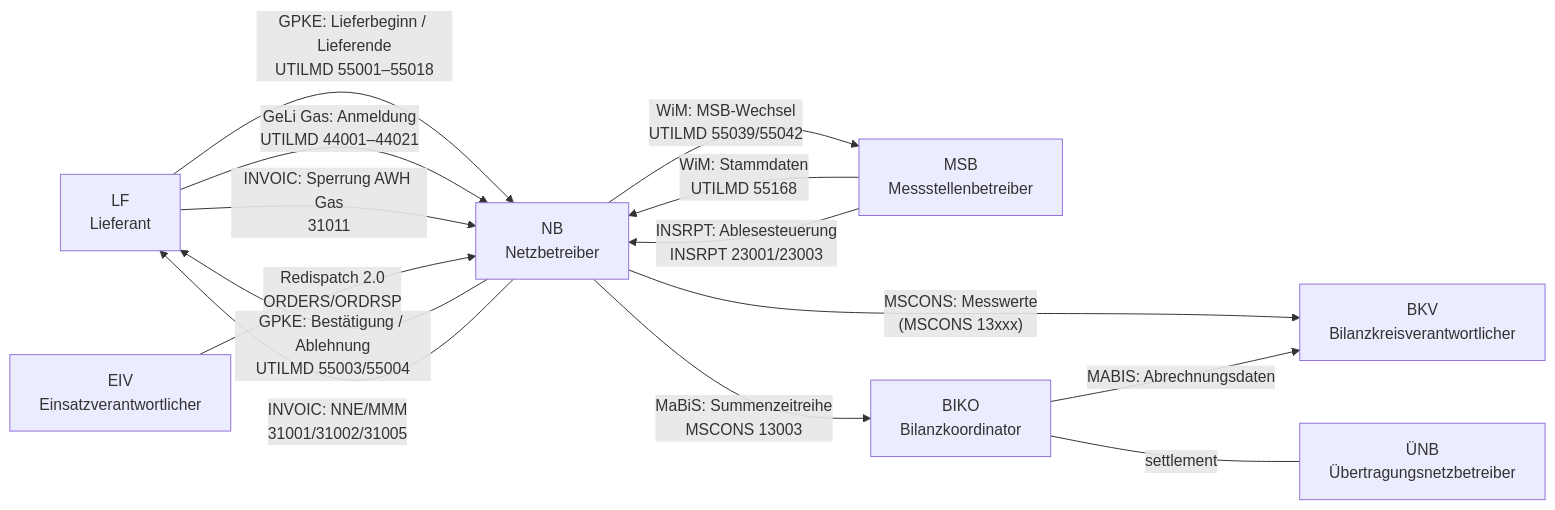
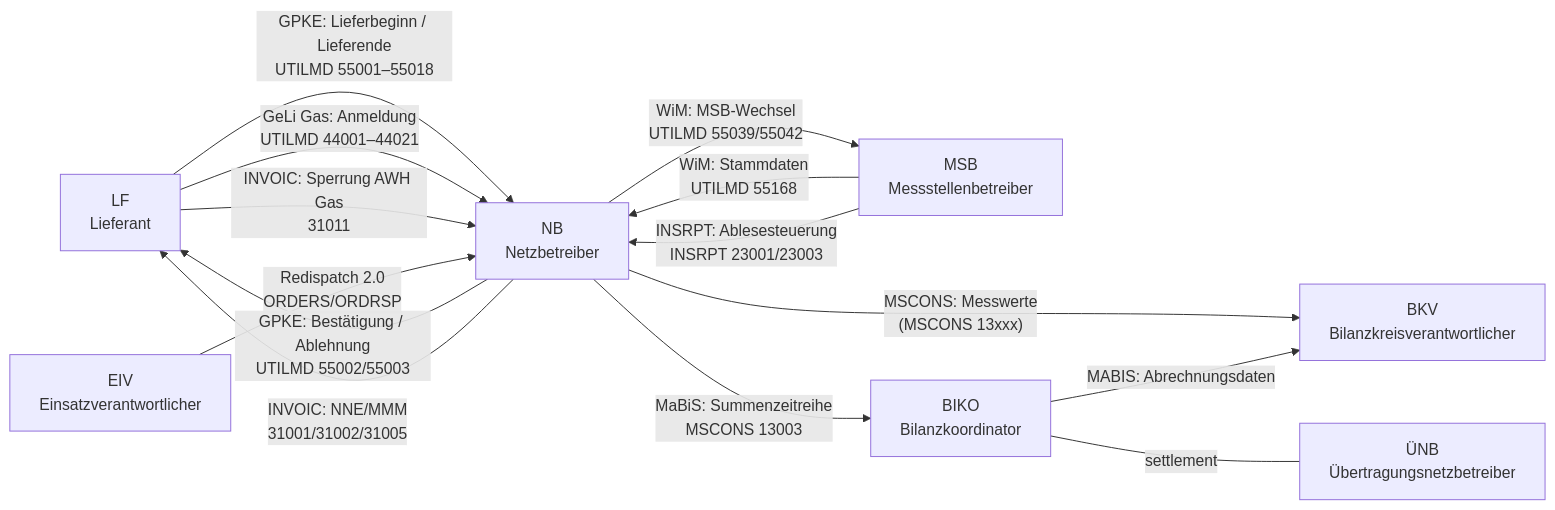
The diagram in site/content/docs/architecture/domain-model.md (hupe1980/mako), drawn with Mermaid before and after one commit. The commit also changed 45 other files, not shown here.

````diff
--- a/site/content/docs/architecture/domain-model.md
+++ b/site/content/docs/architecture/domain-model.md
@@ -31,24 +31,24 @@
 ```mermaid
 graph LR
-    LF["LF\nLieferant"]
-    NB["NB\nNetzbetreiber"]
-    MSB["MSB\nMessstellenbetreiber"]
-    BKV["BKV\nBilanzkreisverantwortlicher"]
-    UNB["ÜNB\nÜbertragungsnetzbetreiber"]
-    BIKO["BIKO\nBilanzkoordinator"]
-    EIV["EIV\nEinsatzverantwortlicher"]
+    LF["LF<br/>Lieferant"]
+    NB["NB<br/>Netzbetreiber"]
+    MSB["MSB<br/>Messstellenbetreiber"]
+    BKV["BKV<br/>Bilanzkreisverantwortlicher"]
+    UNB["ÜNB<br/>Übertragungsnetzbetreiber"]
+    BIKO["BIKO<br/>Bilanzkoordinator"]
+    EIV["EIV<br/>Einsatzverantwortlicher"]
 
-    LF -->|"GPKE: Lieferbeginn / Lieferende\nUTILMD 55001–55018"| NB
-    NB -->|"GPKE: Bestätigung / Ablehnung\nUTILMD 55003/55004"| LF
-    LF -->|"GeLi Gas: Anmeldung\nUTILMD 44001–44021"| NB
-    NB -->|"WiM: MSB-Wechsel\nUTILMD 55039/55042"| MSB
-    MSB -->|"WiM: Stammdaten\nUTILMD 55168"| NB
-    MSB -->|"INSRPT: Ablesesteuerung\nINSRPT 23001/23003"| NB
-    NB -->|"MSCONS: Messwerte\n(MSCONS 13xxx)"| BKV
-    NB -->|"INVOIC: NNE/MMM\n31001/31002/31005"| LF
-    LF -->|"INVOIC: Sperrung AWH Gas\n31011"| NB
-    NB -->|"MaBiS: Summenzeitreihe\nMSCONS 13003"| BIKO
+    LF -->|"GPKE: Lieferbeginn / Lieferende<br/>UTILMD 55001–55018"| NB
+    NB -->|"GPKE: Bestätigung / Ablehnung<br/>UTILMD 55002/55003"| LF
+    LF -->|"GeLi Gas: Anmeldung<br/>UTILMD 44001–44021"| NB
+    NB -->|"WiM: MSB-Wechsel<br/>UTILMD 55039/55042"| MSB
+    MSB -->|"WiM: Stammdaten<br/>UTILMD 55168"| NB
+    MSB -->|"INSRPT: Ablesesteuerung<br/>INSRPT 23001/23003"| NB
+    NB -->|"MSCONS: Messwerte<br/>(MSCONS 13xxx)"| BKV
+    NB -->|"INVOIC: NNE/MMM<br/>31001/31002/31005"| LF
+    LF -->|"INVOIC: Sperrung AWH Gas<br/>31011"| NB
+    NB -->|"MaBiS: Summenzeitreihe<br/>MSCONS 13003"| BIKO
     BIKO -->|"MABIS: Abrechnungsdaten"| BKV
     BIKO ---|"settlement"| UNB
-    EIV -->|"Redispatch 2.0\nORDERS/ORDRSP"| NB
+    EIV -->|"Redispatch 2.0<br/>ORDERS/ORDRSP"| NB
 ```
````
